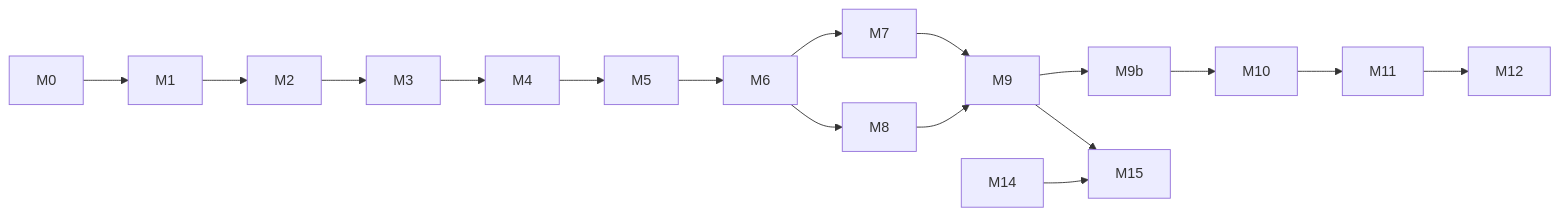
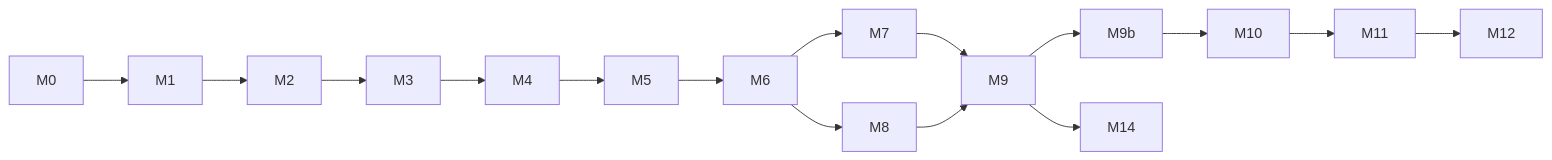
Before and after one commit to gacevedo/NegSwift: the diagram in PLAN.md, drawn with Mermaid. The commit also changed other lines of this file and 1 other file, not shown here.

````diff
--- a/PLAN.md
+++ b/PLAN.md
@@ -1093,11 +965,10 @@
 ```mermaid
 flowchart LR
   M0 --> M1 --> M2 --> M3
   M3 --> M4 --> M5 --> M6 --> M7
   M6 --> M8
   M7 --> M9 --> M9b --> M10
   M8 --> M9
   M10 --> M11 --> M12
-  M9 --> M15
-  M14 --> M15
+  M9 --> M14
 ```
````
